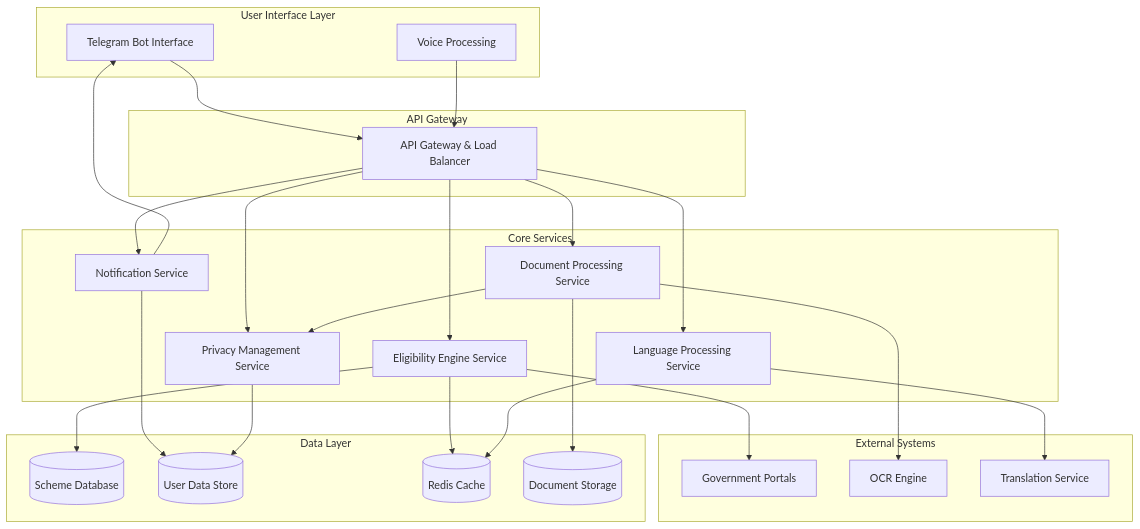
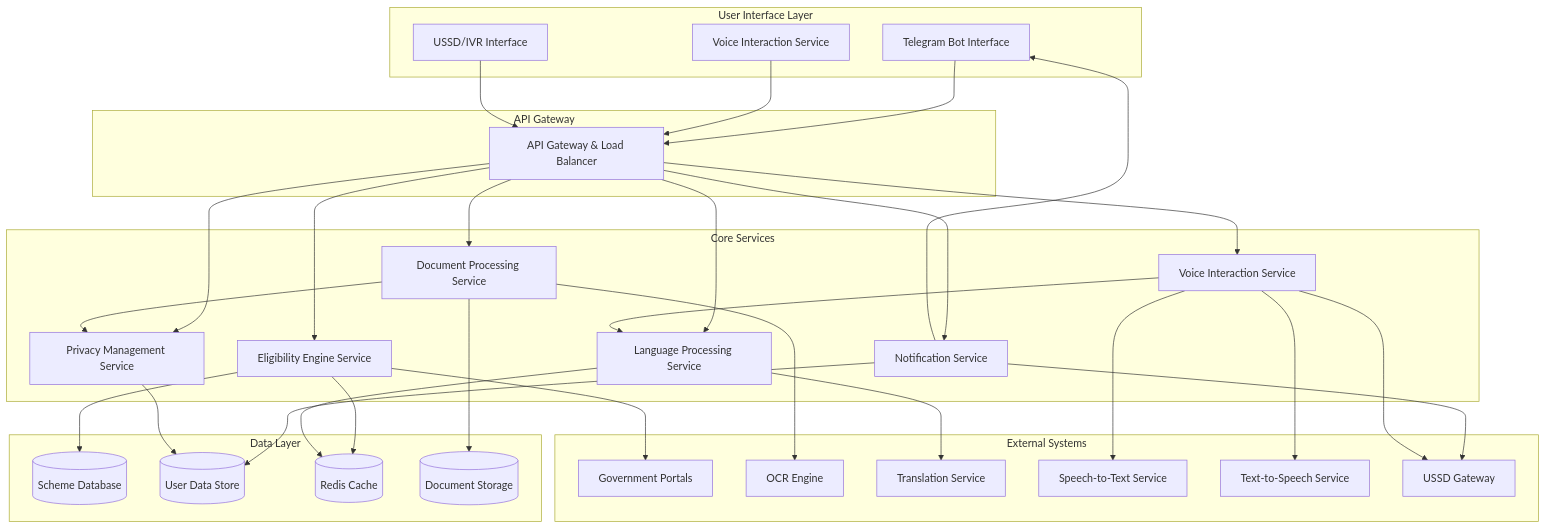
The diagram in design.md (sairishigangarapu/Hack_2_skill), drawn with Mermaid before and after one commit. The commit also changed other lines of this file, not shown here.

````diff
--- a/design.md
+++ b/design.md
@@ -13,56 +13,69 @@
 ```mermaid
 graph TB
     subgraph "User Interface Layer"
         TG[Telegram Bot Interface]
-        VOICE[Voice Processing]
+        VOICE[Voice Interaction Service]
+        USSD[USSD/IVR Interface]
     end
     
     subgraph "API Gateway"
         GW[API Gateway & Load Balancer]
     end
     
     subgraph "Core Services"
         DOC[Document Processing Service]
         ELIG[Eligibility Engine Service]
         LANG[Language Processing Service]
+        VOICEINT[Voice Interaction Service]
         NOTIF[Notification Service]
         PRIV[Privacy Management Service]
     end
     
     subgraph "Data Layer"
         SCHEME[(Scheme Database)]
         USER[(User Data Store)]
         CACHE[(Redis Cache)]
         FILES[(Document Storage)]
     end
     
     subgraph "External Systems"
         GOV[Government Portals]
         OCR[OCR Engine]
         TRANS[Translation Service]
+        STT[Speech-to-Text Service]
+        TTS[Text-to-Speech Service]
+        USSDGW[USSD Gateway]
     end
     
     TG --> GW
     VOICE --> GW
+    USSD --> GW
     GW --> DOC
     GW --> ELIG
     GW --> LANG
+    GW --> VOICEINT
     GW --> NOTIF
     GW --> PRIV
     
     DOC --> OCR
     DOC --> FILES
     DOC --> PRIV
     
     ELIG --> SCHEME
     ELIG --> CACHE
     
     LANG --> TRANS
     LANG --> CACHE
     
+    VOICEINT --> STT
+    VOICEINT --> TTS
+    VOICEINT --> LANG
+    
     NOTIF --> USER
     PRIV --> USER
     
     ELIG --> GOV
     NOTIF --> TG
+    NOTIF --> USSDGW
+    VOICEINT --> USSDGW
 ```
````
